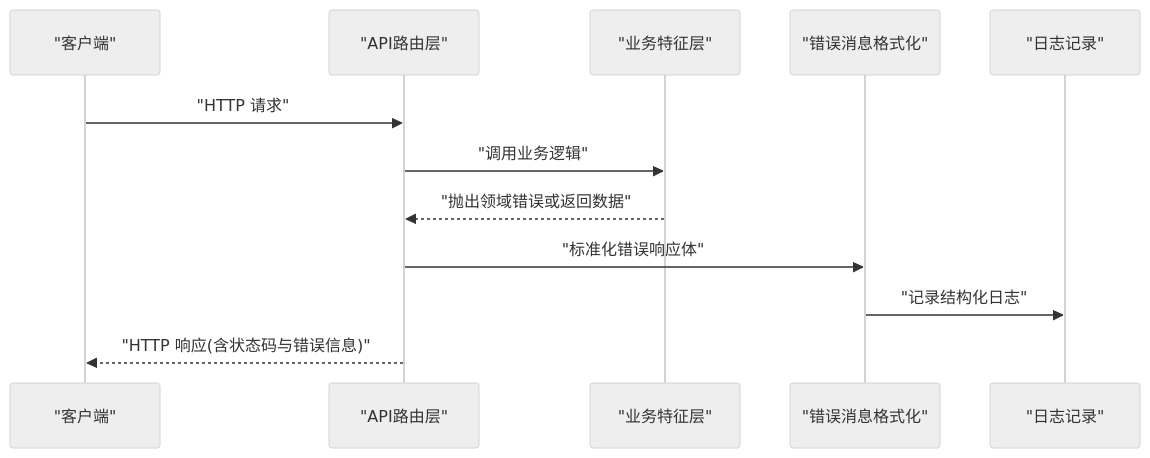
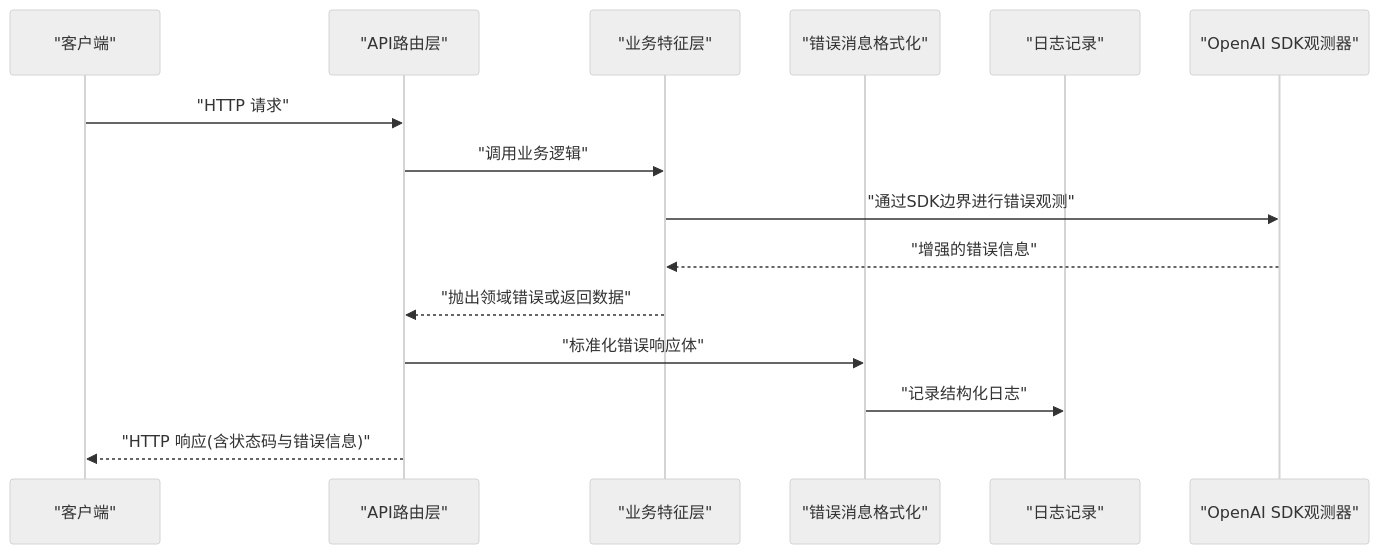
Before and after one commit to scottcwy/PurpleInk: the second of 3 diagrams in .qoder/repowiki/zh/content/API参考/错误处理.md, drawn with Mermaid (neutral theme). The commit also changed other lines of this file and 109 other files, not shown here.

````diff
--- a/.qoder/repowiki/zh/content/API参考/错误处理.md
+++ b/.qoder/repowiki/zh/content/API参考/错误处理.md
@@ -123,14 +134,17 @@
 ```mermaid
 sequenceDiagram
 participant C as "客户端"
 participant A as "API路由层"
 participant B as "业务特征层"
 participant E as "错误消息格式化"
 participant L as "日志记录"
+participant O as "OpenAI SDK观测器"
 C->>A : "HTTP 请求"
 A->>B : "调用业务逻辑"
+B->>O : "通过SDK边界进行错误观测"
+O-->>B : "增强的错误信息"
 B-->>A : "抛出领域错误或返回数据"
 A->>E : "标准化错误响应体"
 E->>L : "记录结构化日志"
 A-->>C : "HTTP 响应(含状态码与错误信息)"
 ```
````
